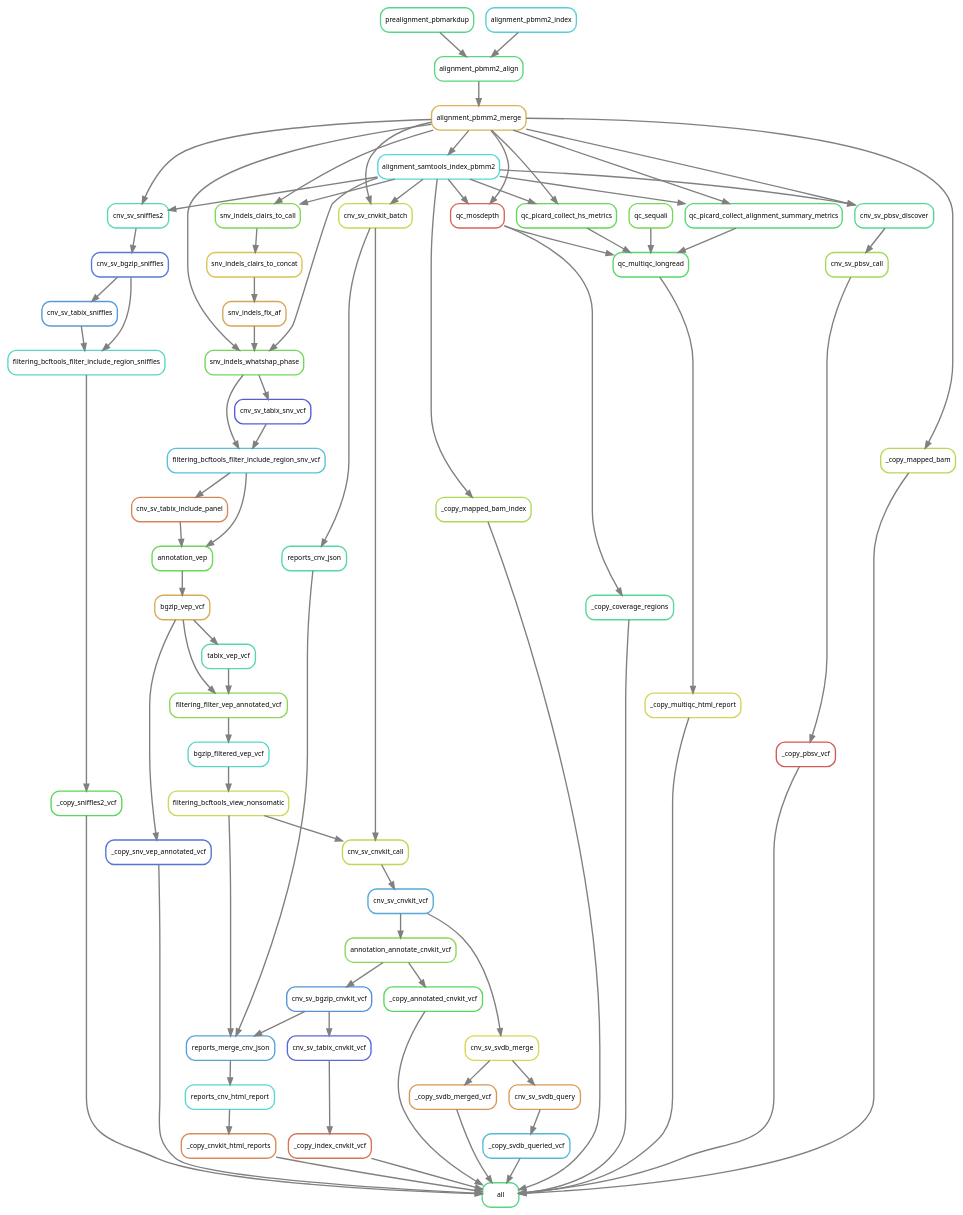
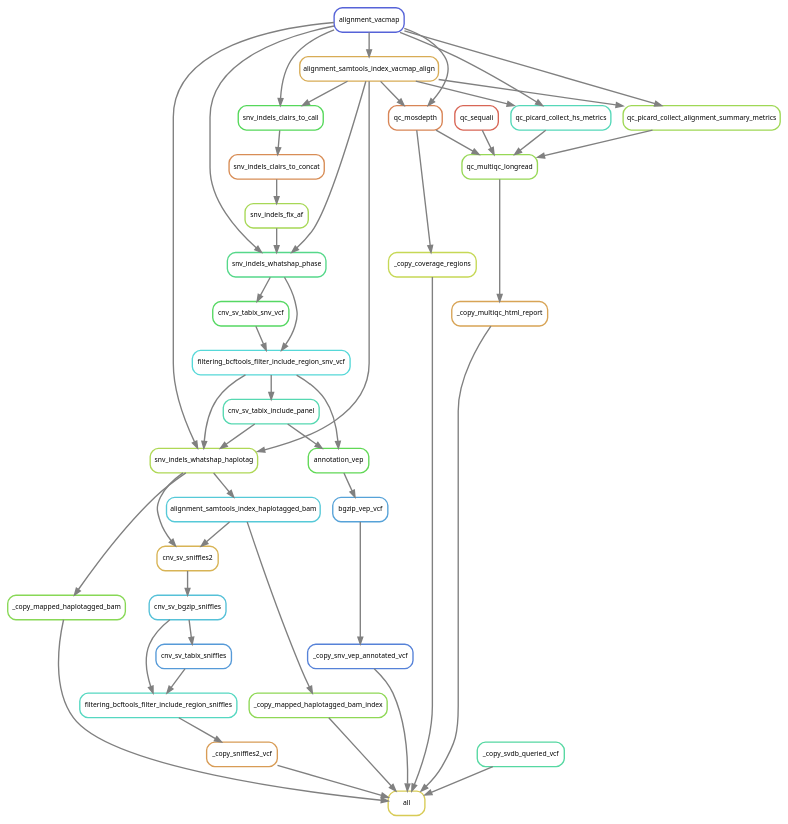
One commit to clinical-genomics-uppsala/TwiMM changed the diagram in images/rulegraph_clairs.dot. Above: the diagram before and after it, drawn with Graphviz. The commit also changed 1 other file, not shown here.

Commit message:
docs: rulgraph with vacmap

```diff
--- a/images/rulegraph_clairs.dot
+++ b/images/rulegraph_clairs.dot
@@ -1,139 +1,84 @@
 digraph snakemake_dag {
     graph[bgcolor=white, margin=0];
     node[shape=box, style=rounded, fontname=sans,                 fontsize=10, penwidth=2];
     edge[penwidth=2, color=grey];
-	0[label = "all", color = "0.39 0.6 0.85", style="rounded"];
-	1[label = "_copy_snv_vep_annotated_vcf", color = "0.63 0.6 0.85", style="rounded"];
-	2[label = "bgzip_vep_vcf", color = "0.11 0.6 0.85", style="rounded"];
-	3[label = "annotation_vep", color = "0.31 0.6 0.85", style="rounded"];
-	4[label = "cnv_sv_tabix_include_panel", color = "0.06 0.6 0.85", style="rounded"];
-	5[label = "filtering_bcftools_filter_include_region_snv_vcf", color = "0.53 0.6 0.85", style="rounded"];
-	6[label = "snv_indels_whatshap_phase", color = "0.30 0.6 0.85", style="rounded"];
-	7[label = "snv_indels_fix_af", color = "0.10 0.6 0.85", style="rounded"];
-	8[label = "snv_indels_clairs_to_concat", color = "0.14 0.6 0.85", style="rounded"];
-	9[label = "snv_indels_clairs_to_call", color = "0.28 0.6 0.85", style="rounded"];
-	10[label = "alignment_pbmm2_merge", color = "0.12 0.6 0.85", style="rounded"];
-	11[label = "alignment_pbmm2_align", color = "0.38 0.6 0.85", style="rounded"];
-	12[label = "prealignment_pbmarkdup", color = "0.40 0.6 0.85", style="rounded"];
-	13[label = "alignment_pbmm2_index", color = "0.51 0.6 0.85", style="rounded"];
-	14[label = "alignment_samtools_index_pbmm2", color = "0.50 0.6 0.85", style="rounded"];
-	15[label = "cnv_sv_tabix_snv_vcf", color = "0.66 0.6 0.85", style="rounded"];
-	16[label = "_copy_sniffles2_vcf", color = "0.33 0.6 0.85", style="rounded"];
-	17[label = "filtering_bcftools_filter_include_region_sniffles", color = "0.47 0.6 0.85", style="rounded"];
-	18[label = "cnv_sv_bgzip_sniffles", color = "0.62 0.6 0.85", style="rounded"];
-	19[label = "cnv_sv_sniffles2", color = "0.46 0.6 0.85", style="rounded"];
-	20[label = "cnv_sv_tabix_sniffles", color = "0.58 0.6 0.85", style="rounded"];
-	21[label = "_copy_cnvkit_html_reports", color = "0.07 0.6 0.85", style="rounded"];
-	22[label = "reports_cnv_html_report", color = "0.49 0.6 0.85", style="rounded"];
-	23[label = "reports_merge_cnv_json", color = "0.57 0.6 0.85", style="rounded"];
-	24[label = "reports_cnv_json", color = "0.43 0.6 0.85", style="rounded"];
-	25[label = "cnv_sv_cnvkit_batch", color = "0.19 0.6 0.85", style="rounded"];
-	26[label = "filtering_bcftools_view_nonsomatic", color = "0.18 0.6 0.85", style="rounded"];
-	27[label = "bgzip_filtered_vep_vcf", color = "0.48 0.6 0.85", style="rounded"];
-	28[label = "filtering_filter_vep_annotated_vcf", color = "0.26 0.6 0.85", style="rounded"];
-	29[label = "tabix_vep_vcf", color = "0.44 0.6 0.85", style="rounded"];
-	30[label = "cnv_sv_bgzip_cnvkit_vcf", color = "0.59 0.6 0.85", style="rounded"];
-	31[label = "annotation_annotate_cnvkit_vcf", color = "0.27 0.6 0.85", style="rounded"];
-	32[label = "cnv_sv_cnvkit_vcf", color = "0.56 0.6 0.85", style="rounded"];
-	33[label = "cnv_sv_cnvkit_call", color = "0.20 0.6 0.85", style="rounded"];
-	34[label = "_copy_annotated_cnvkit_vcf", color = "0.34 0.6 0.85", style="rounded"];
-	35[label = "_copy_index_cnvkit_vcf", color = "0.04 0.6 0.85", style="rounded"];
-	36[label = "cnv_sv_tabix_cnvkit_vcf", color = "0.64 0.6 0.85", style="rounded"];
-	37[label = "_copy_multiqc_html_report", color = "0.16 0.6 0.85", style="rounded"];
-	38[label = "qc_multiqc_longread", color = "0.36 0.6 0.85", style="rounded"];
-	39[label = "qc_picard_collect_hs_metrics", color = "0.32 0.6 0.85", style="rounded"];
-	40[label = "qc_mosdepth", color = "0.02 0.6 0.85", style="rounded"];
-	41[label = "qc_picard_collect_alignment_summary_metrics", color = "0.37 0.6 0.85", style="rounded"];
-	42[label = "qc_sequali", color = "0.29 0.6 0.85", style="rounded"];
-	43[label = "_copy_mapped_bam", color = "0.21 0.6 0.85", style="rounded"];
-	44[label = "_copy_mapped_bam_index", color = "0.22 0.6 0.85", style="rounded"];
-	45[label = "_copy_coverage_regions", color = "0.42 0.6 0.85", style="rounded"];
-	46[label = "_copy_pbsv_vcf", color = "0.00 0.6 0.85", style="rounded"];
-	47[label = "cnv_sv_pbsv_call", color = "0.23 0.6 0.85", style="rounded"];
-	48[label = "cnv_sv_pbsv_discover", color = "0.41 0.6 0.85", style="rounded"];
-	49[label = "_copy_svdb_merged_vcf", color = "0.08 0.6 0.85", style="rounded"];
-	50[label = "cnv_sv_svdb_merge", color = "0.17 0.6 0.85", style="rounded"];
-	51[label = "_copy_svdb_queried_vcf", color = "0.54 0.6 0.85", style="rounded"];
-	52[label = "cnv_sv_svdb_query", color = "0.09 0.6 0.85", style="rounded"];
-	16 -> 0
-	34 -> 0
-	43 -> 0
-	44 -> 0
-	46 -> 0
-	35 -> 0
+	0[label = "all", color = "0.15 0.6 0.85", style="rounded"];
+	1[label = "_copy_snv_vep_annotated_vcf", color = "0.61 0.6 0.85", style="rounded"];
+	2[label = "bgzip_vep_vcf", color = "0.57 0.6 0.85", style="rounded"];
+	3[label = "annotation_vep", color = "0.32 0.6 0.85", style="rounded"];
+	4[label = "cnv_sv_tabix_include_panel", color = "0.45 0.6 0.85", style="rounded"];
+	5[label = "filtering_bcftools_filter_include_region_snv_vcf", color = "0.50 0.6 0.85", style="rounded"];
+	6[label = "snv_indels_whatshap_phase", color = "0.40 0.6 0.85", style="rounded"];
+	7[label = "snv_indels_fix_af", color = "0.23 0.6 0.85", style="rounded"];
+	8[label = "snv_indels_clairs_to_concat", color = "0.07 0.6 0.85", style="rounded"];
+	9[label = "snv_indels_clairs_to_call", color = "0.34 0.6 0.85", style="rounded"];
+	10[label = "alignment_vacmap", color = "0.65 0.6 0.85", style="rounded"];
+	11[label = "alignment_samtools_index_vacmap_align", color = "0.11 0.6 0.85", style="rounded"];
+	12[label = "cnv_sv_tabix_snv_vcf", color = "0.35 0.6 0.85", style="rounded"];
+	13[label = "_copy_sniffles2_vcf", color = "0.09 0.6 0.85", style="rounded"];
+	14[label = "filtering_bcftools_filter_include_region_sniffles", color = "0.47 0.6 0.85", style="rounded"];
+	15[label = "cnv_sv_bgzip_sniffles", color = "0.53 0.6 0.85", style="rounded"];
+	16[label = "cnv_sv_sniffles2", color = "0.12 0.6 0.85", style="rounded"];
+	17[label = "snv_indels_whatshap_haplotag", color = "0.22 0.6 0.85", style="rounded"];
+	18[label = "alignment_samtools_index_haplotagged_bam", color = "0.52 0.6 0.85", style="rounded"];
+	19[label = "cnv_sv_tabix_sniffles", color = "0.58 0.6 0.85", style="rounded"];
+	20[label = "_copy_mapped_haplotagged_bam", color = "0.27 0.6 0.85", style="rounded"];
+	21[label = "_copy_mapped_haplotagged_bam_index", color = "0.26 0.6 0.85", style="rounded"];
+	22[label = "_copy_multiqc_html_report", color = "0.10 0.6 0.85", style="rounded"];
+	23[label = "qc_multiqc_longread", color = "0.25 0.6 0.85", style="rounded"];
+	24[label = "qc_mosdepth", color = "0.06 0.6 0.85", style="rounded"];
+	25[label = "qc_sequali", color = "0.02 0.6 0.85", style="rounded"];
+	26[label = "qc_picard_collect_hs_metrics", color = "0.46 0.6 0.85", style="rounded"];
+	27[label = "qc_picard_collect_alignment_summary_metrics", color = "0.24 0.6 0.85", style="rounded"];
+	28[label = "_copy_coverage_regions", color = "0.19 0.6 0.85", style="rounded"];
+	29[label = "_copy_svdb_queried_vcf", color = "0.43 0.6 0.85", style="rounded"];
+	28 -> 0
+	13 -> 0
+	22 -> 0
+	1 -> 0
 	21 -> 0
-	51 -> 0
-	45 -> 0
-	49 -> 0
-	1 -> 0
-	37 -> 0
+	20 -> 0
+	29 -> 0
 	2 -> 1
 	3 -> 2
 	4 -> 3
 	5 -> 3
 	5 -> 4
-	15 -> 5
+	12 -> 5
 	6 -> 5
 	7 -> 6
 	10 -> 6
-	14 -> 6
+	11 -> 6
 	8 -> 7
 	9 -> 8
 	10 -> 9
-	14 -> 9
-	11 -> 10
-	13 -> 11
-	12 -> 11
-	10 -> 14
-	6 -> 15
+	11 -> 9
+	10 -> 11
+	6 -> 12
+	14 -> 13
+	15 -> 14
+	19 -> 14
+	16 -> 15
+	18 -> 16
 	17 -> 16
-	20 -> 17
-	18 -> 17
-	19 -> 18
-	10 -> 19
-	14 -> 19
-	18 -> 20
-	22 -> 21
+	4 -> 17
+	10 -> 17
+	11 -> 17
+	5 -> 17
+	17 -> 18
+	15 -> 19
+	17 -> 20
+	18 -> 21
 	23 -> 22
-	30 -> 23
+	25 -> 23
 	26 -> 23
 	24 -> 23
-	25 -> 24
-	10 -> 25
-	14 -> 25
-	27 -> 26
-	28 -> 27
-	2 -> 28
-	29 -> 28
-	2 -> 29
-	31 -> 30
-	32 -> 31
-	33 -> 32
-	26 -> 33
-	25 -> 33
-	31 -> 34
-	36 -> 35
-	30 -> 36
-	38 -> 37
-	40 -> 38
-	42 -> 38
-	41 -> 38
-	39 -> 38
-	10 -> 39
-	14 -> 39
-	10 -> 40
-	14 -> 40
-	10 -> 41
-	14 -> 41
-	10 -> 43
-	14 -> 44
-	40 -> 45
-	47 -> 46
-	48 -> 47
-	10 -> 48
-	14 -> 48
-	50 -> 49
-	32 -> 50
-	52 -> 51
-	50 -> 52
+	27 -> 23
+	10 -> 24
+	11 -> 24
+	10 -> 26
+	11 -> 26
+	10 -> 27
+	11 -> 27
+	24 -> 28
 }            
```
